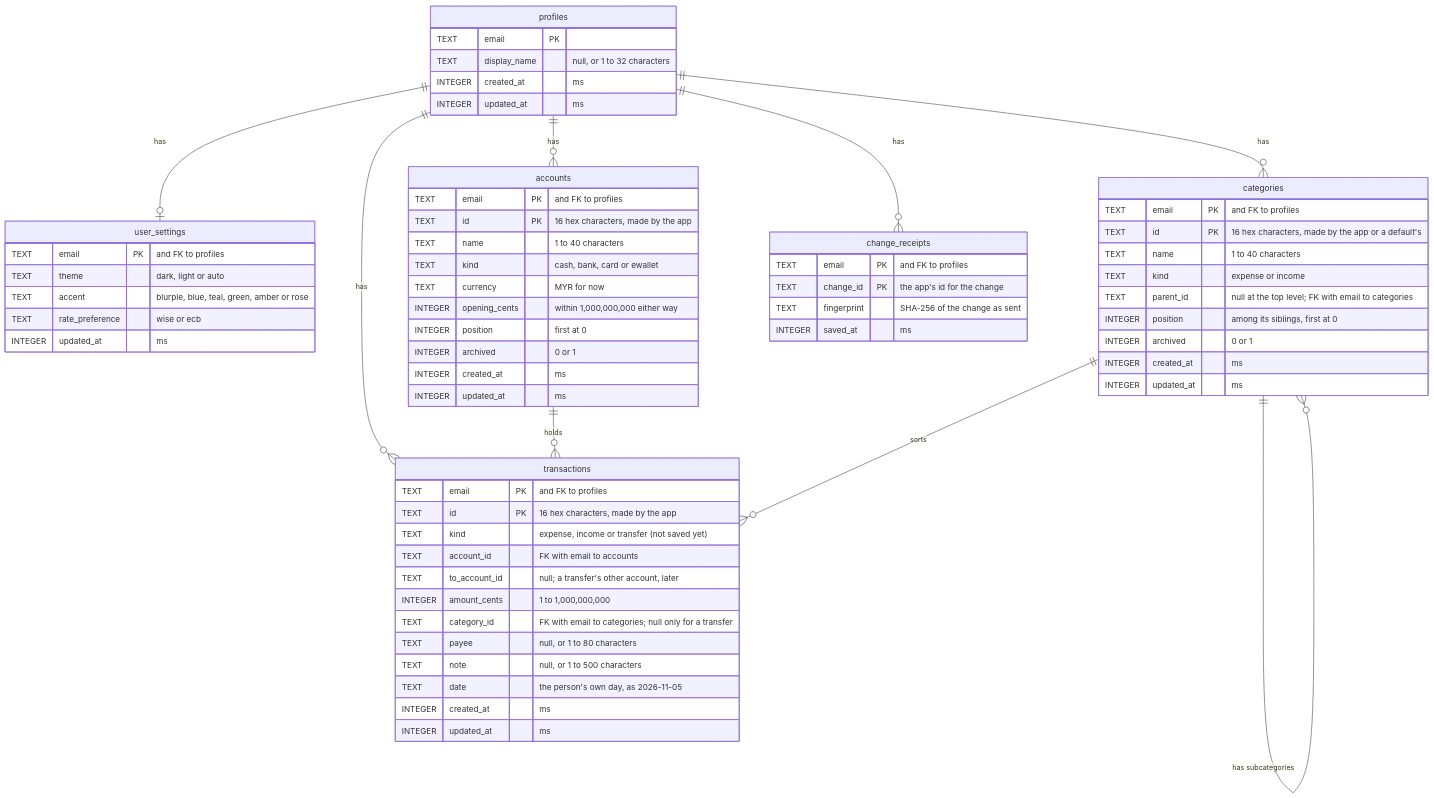
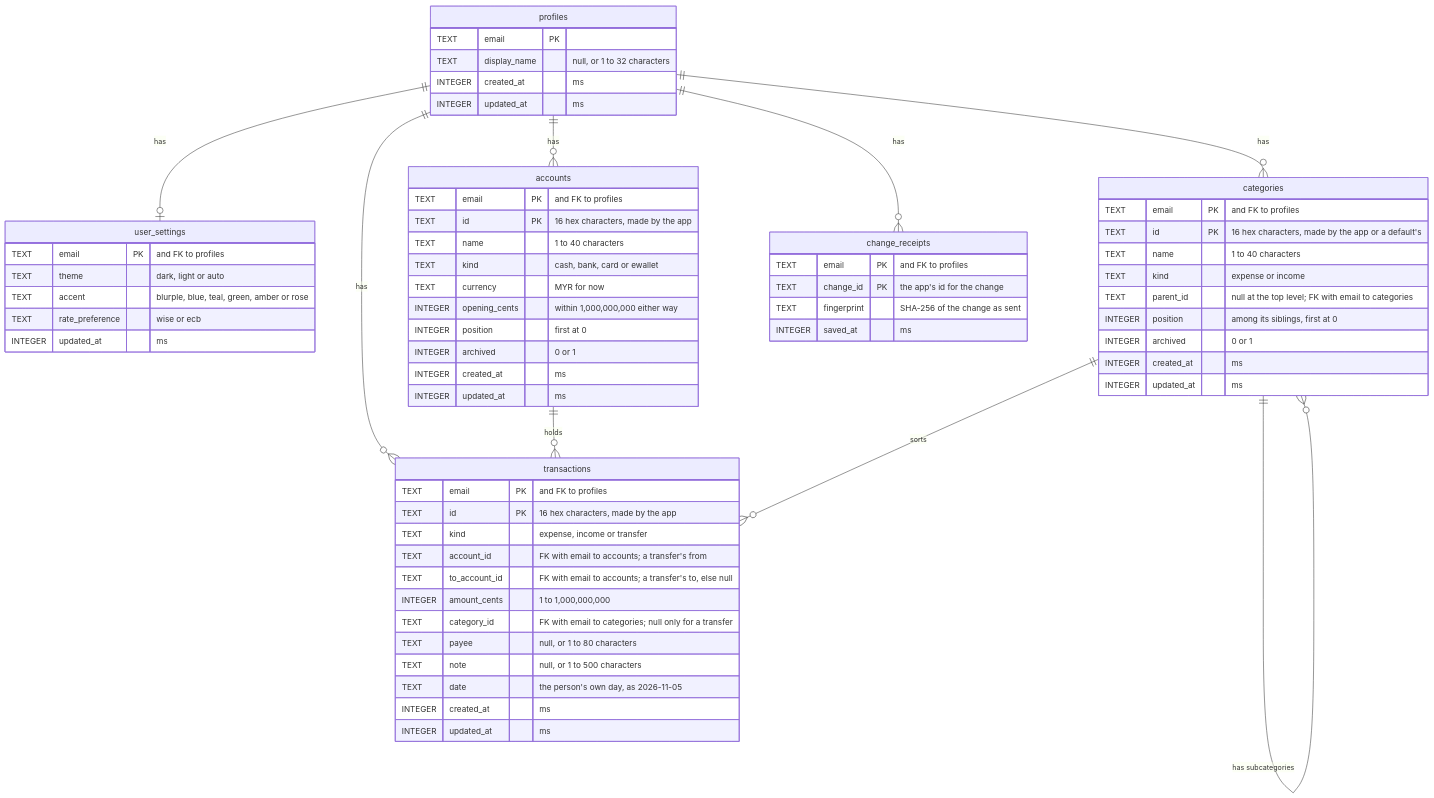
Before and after one commit to BlueSky0322/mahnee: the diagram in docs/erd.md, drawn with Mermaid. The commit also changed other lines of this file and 17 other files, not shown here.

````diff
--- a/docs/erd.md
+++ b/docs/erd.md
@@ -7,67 +7,67 @@
 ```mermaid
 erDiagram
   profiles ||--o| user_settings : "has"
   profiles ||--o{ accounts : "has"
   profiles ||--o{ categories : "has"
   categories ||--o{ categories : "has subcategories"
   profiles ||--o{ transactions : "has"
   accounts ||--o{ transactions : "holds"
   categories ||--o{ transactions : "sorts"
   profiles ||--o{ change_receipts : "has"
   profiles {
     TEXT email PK
     TEXT display_name "null, or 1 to 32 characters"
     INTEGER created_at "ms"
     INTEGER updated_at "ms"
   }
   user_settings {
     TEXT email PK "and FK to profiles"
     TEXT theme "dark, light or auto"
     TEXT accent "blurple, blue, teal, green, amber or rose"
     TEXT rate_preference "wise or ecb"
     INTEGER updated_at "ms"
   }
   accounts {
     TEXT email PK "and FK to profiles"
     TEXT id PK "16 hex characters, made by the app"
     TEXT name "1 to 40 characters"
     TEXT kind "cash, bank, card or ewallet"
     TEXT currency "MYR for now"
     INTEGER opening_cents "within 1,000,000,000 either way"
     INTEGER position "first at 0"
     INTEGER archived "0 or 1"
     INTEGER created_at "ms"
     INTEGER updated_at "ms"
   }
   categories {
     TEXT email PK "and FK to profiles"
     TEXT id PK "16 hex characters, made by the app or a default's"
     TEXT name "1 to 40 characters"
     TEXT kind "expense or income"
     TEXT parent_id "null at the top level; FK with email to categories"
     INTEGER position "among its siblings, first at 0"
     INTEGER archived "0 or 1"
     INTEGER created_at "ms"
     INTEGER updated_at "ms"
   }
   transactions {
     TEXT email PK "and FK to profiles"
     TEXT id PK "16 hex characters, made by the app"
-    TEXT kind "expense, income or transfer (not saved yet)"
-    TEXT account_id "FK with email to accounts"
-    TEXT to_account_id "null; a transfer's other account, later"
+    TEXT kind "expense, income or transfer"
+    TEXT account_id "FK with email to accounts; a transfer's from"
+    TEXT to_account_id "FK with email to accounts; a transfer's to, else null"
     INTEGER amount_cents "1 to 1,000,000,000"
     TEXT category_id "FK with email to categories; null only for a transfer"
     TEXT payee "null, or 1 to 80 characters"
     TEXT note "null, or 1 to 500 characters"
     TEXT date "the person's own day, as 2026-11-05"
     INTEGER created_at "ms"
     INTEGER updated_at "ms"
   }
   change_receipts {
     TEXT email PK "and FK to profiles"
     TEXT change_id PK "the app's id for the change"
     TEXT fingerprint "SHA-256 of the change as sent"
     INTEGER saved_at "ms"
   }
 ```
````
